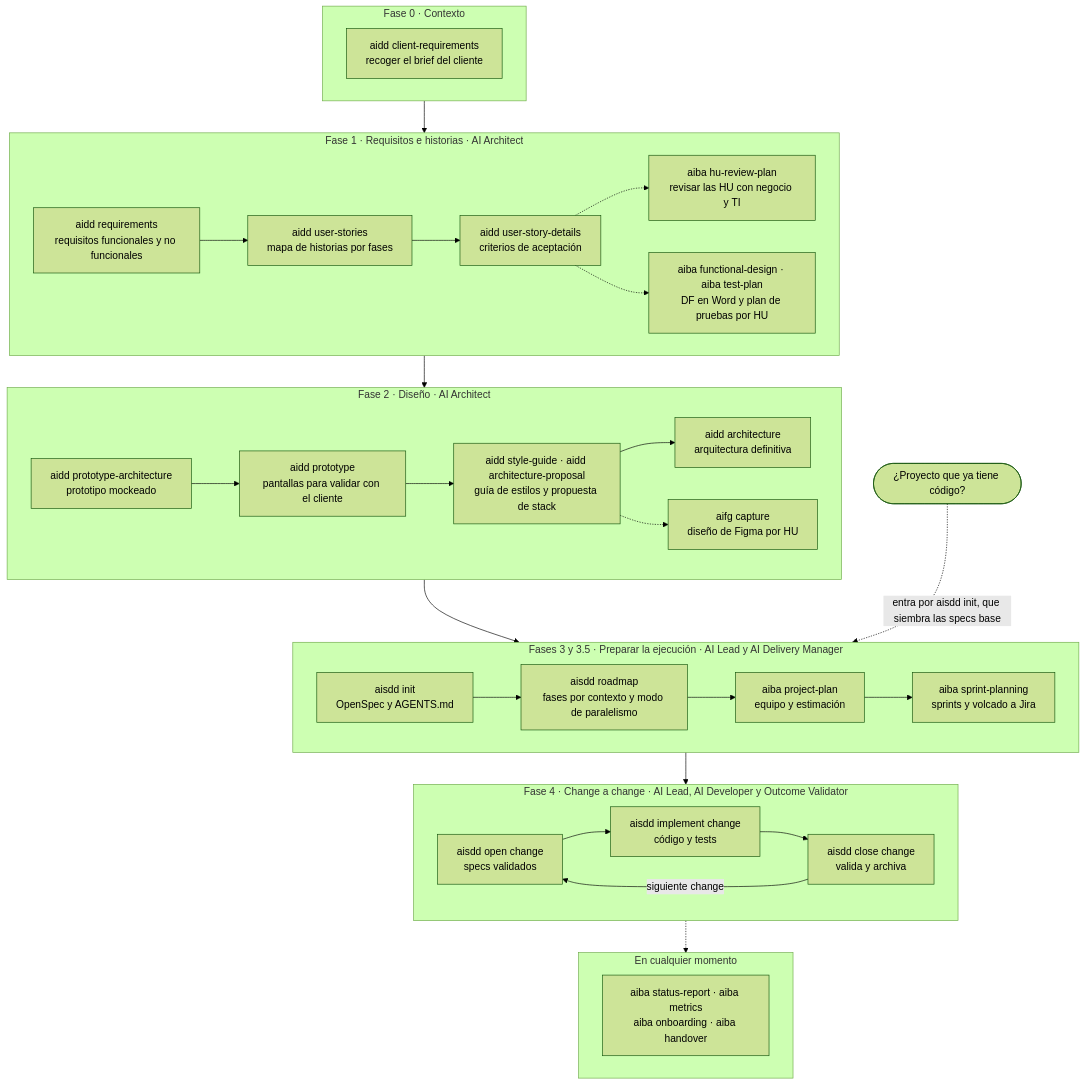
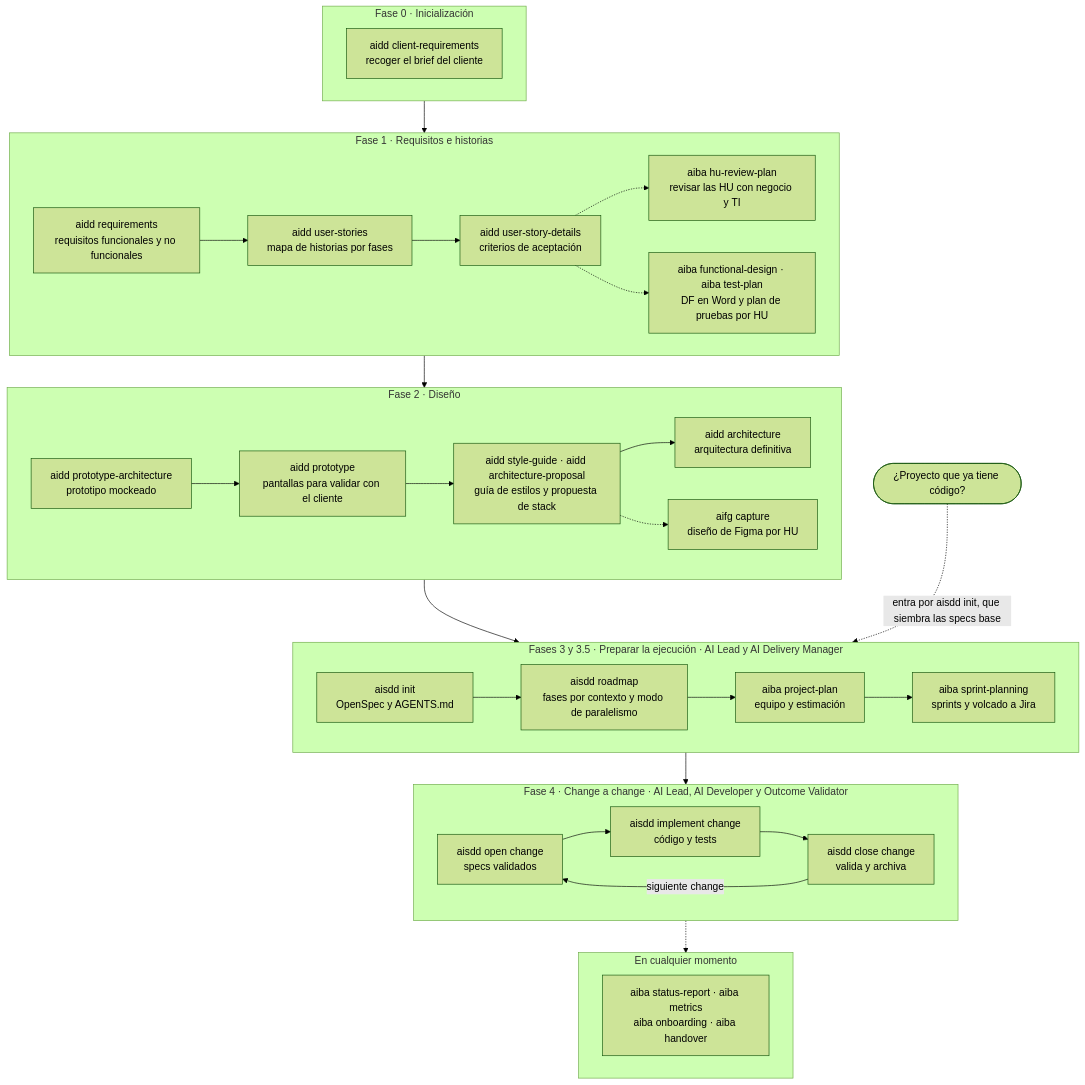
Before and after one commit to grananda/aidd-marketplace: the first of 2 diagrams in docs/mapas/proceso.md, drawn with Mermaid (forest theme). The commit also changed other lines of this file and 6 other files, not shown here.

````diff
--- a/docs/mapas/proceso.md
+++ b/docs/mapas/proceso.md
@@ -7,53 +7,53 @@
 ```mermaid
 flowchart TB
-  subgraph F0["Fase 0 · Contexto"]
+  subgraph F0["Fase 0 · Inicialización"]
     direction LR
     brief["aidd client-requirements<br/>recoger el brief del cliente"]
   end
-  subgraph F1["Fase 1 · Requisitos e historias · AI Architect"]
+  subgraph F1["Fase 1 · Requisitos e historias"]
     direction LR
     req["aidd requirements<br/>requisitos funcionales y no funcionales"]
     mapa["aidd user-stories<br/>mapa de historias por fases"]
     det["aidd user-story-details<br/>criterios de aceptación"]
     rev["aiba hu-review-plan<br/>revisar las HU con negocio y TI"]
     df["aiba functional-design · aiba test-plan<br/>DF en Word y plan de pruebas por HU"]
     req --> mapa --> det
     det -.-> rev
     det -.-> df
   end
-  subgraph F2["Fase 2 · Diseño · AI Architect"]
+  subgraph F2["Fase 2 · Diseño"]
     direction LR
     parq["aidd prototype-architecture<br/>prototipo mockeado"]
     proto["aidd prototype<br/>pantallas para validar con el cliente"]
     est["aidd style-guide · aidd architecture-proposal<br/>guía de estilos y propuesta de stack"]
     arq["aidd architecture<br/>arquitectura definitiva"]
     fig["aifg capture<br/>diseño de Figma por HU"]
     parq --> proto --> est --> arq
     est -.-> fig
   end
   subgraph F3["Fases 3 y 3.5 · Preparar la ejecución · AI Lead y AI Delivery Manager"]
     direction LR
     init["aisdd init<br/>OpenSpec y AGENTS.md"]
     road["aisdd roadmap<br/>fases por contexto y modo de paralelismo"]
     plan["aiba project-plan<br/>equipo y estimación"]
     spr["aiba sprint-planning<br/>sprints y volcado a Jira"]
     init --> road --> plan --> spr
   end
   subgraph F4["Fase 4 · Change a change · AI Lead, AI Developer y Outcome Validator"]
     direction LR
     open["aisdd open change<br/>specs validados"]
     impl["aisdd implement change<br/>código y tests"]
     close["aisdd close change<br/>valida y archiva"]
     open --> impl --> close
     close -->|"siguiente change"| open
   end
   subgraph TR["En cualquier momento"]
     direction LR
     tr["aiba status-report · aiba metrics<br/>aiba onboarding · aiba handover"]
   end
   existente(["¿Proyecto que ya tiene código?"])
 
   F0 --> F1 --> F2 --> F3 --> F4
   existente -.->|"entra por aisdd init, que siembra las specs base"| F3
   F4 -.-> TR
 ```
````
